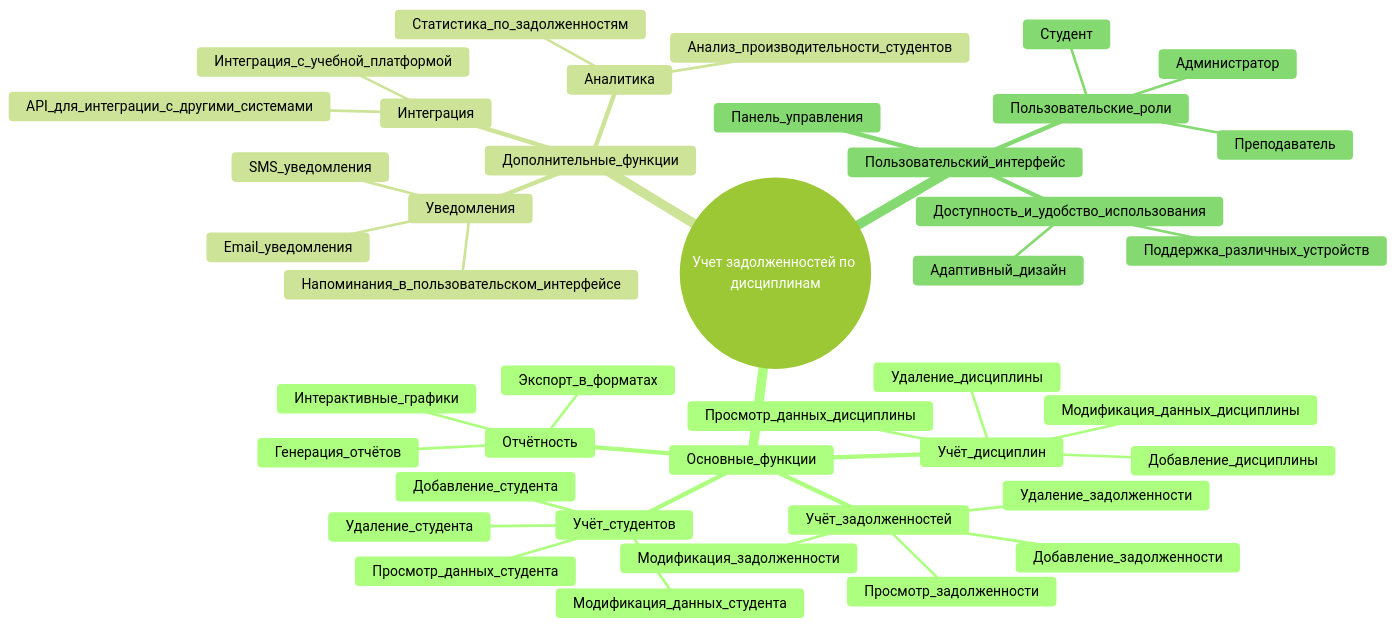
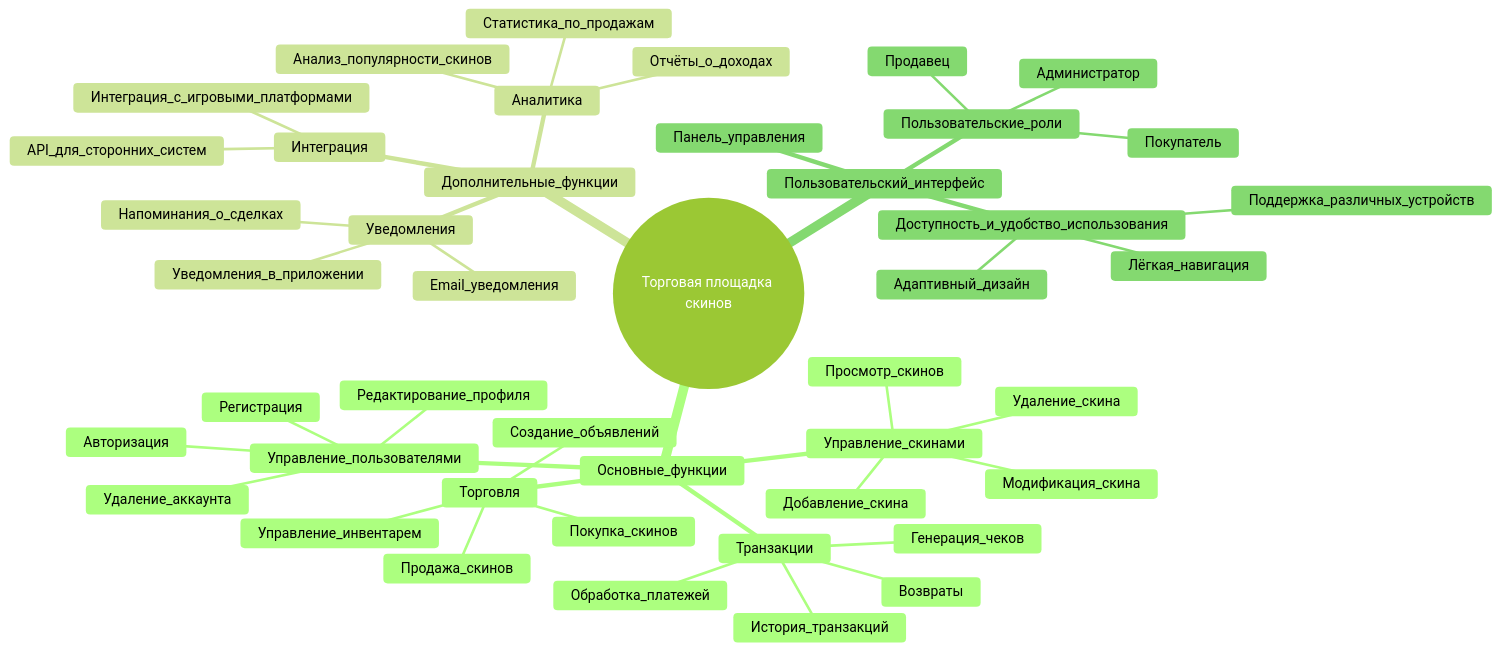
Before and after one commit to Klays020/PKSS-12: the diagram in MindMap.md, drawn with Mermaid (forest theme).

````diff
--- a/MindMap.md
+++ b/MindMap.md
@@ -1,44 +1,48 @@
 ```mermaid
 mindmap
-  root((Учет задолженностей по дисциплинам))
+  root((Торговая площадка скинов))
     Основные_функции
-      Учёт_задолженностей
-        Добавление_задолженности
-        Модификация_задолженности
-        Удаление_задолженности
-        Просмотр_задолженности
-      Учёт_студентов
-        Добавление_студента
-        Модификация_данных_студента
-        Удаление_студента
-        Просмотр_данных_студента
-      Учёт_дисциплин
-        Добавление_дисциплины
-        Модификация_данных_дисциплины
-        Удаление_дисциплины
-        Просмотр_данных_дисциплины
-      Отчётность
-        Генерация_отчётов
-        Экспорт_в_форматах
-        Интерактивные_графики
+      Управление_скинами
+        Добавление_скина
+        Удаление_скина
+        Модификация_скина
+        Просмотр_скинов
+      Управление_пользователями
+        Регистрация
+        Авторизация
+        Редактирование_профиля
+        Удаление_аккаунта
+      Торговля
+        Создание_объявлений
+        Покупка_скинов
+        Продажа_скинов
+        Управление_инвентарем
+      Транзакции
+        Обработка_платежей
+        Генерация_чеков
+        История_транзакций
+        Возвраты
     Дополнительные_функции
       Уведомления
         Email_уведомления
-        SMS_уведомления
-        Напоминания_в_пользовательском_интерфейсе
+        Уведомления_в_приложении
+        Напоминания_о_сделках
       Аналитика
-        Статистика_по_задолженностям
-        Анализ_производительности_студентов
+        Статистика_по_продажам
+        Анализ_популярности_скинов
+        Отчёты_о_доходах
       Интеграция
-        API_для_интеграции_с_другими_системами
-        Интеграция_с_учебной_платформой
+        API_для_сторонних_систем
+        Интеграция_с_игровыми_платформами
     Пользовательский_интерфейс
       Панель_управления
       Пользовательские_роли
         Администратор
-        Преподаватель
-        Студент
+        Продавец
+        Покупатель
       Доступность_и_удобство_использования
         Адаптивный_дизайн
         Поддержка_различных_устройств
+        Лёгкая_навигация
+
 ```
````
